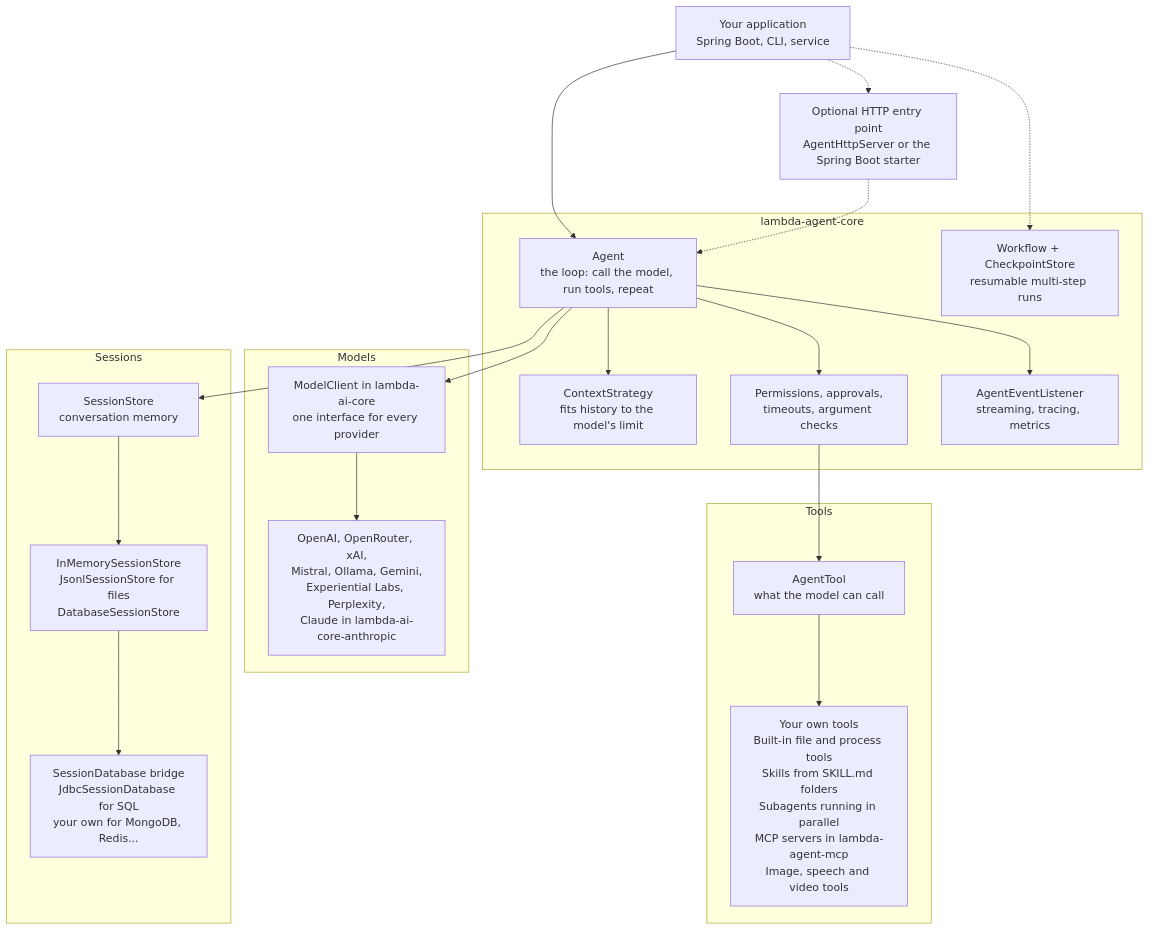
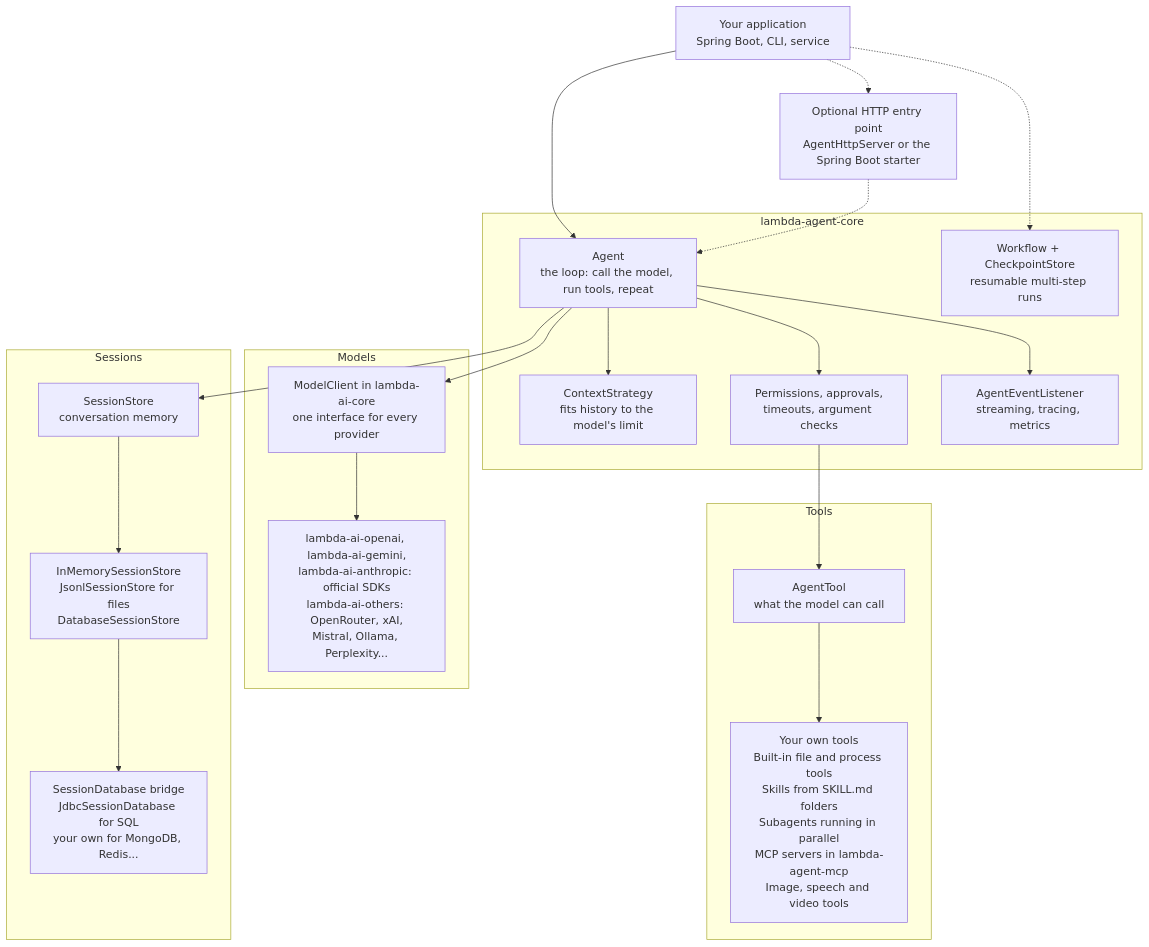
The first of 2 diagrams in Readme.md (Mr-XX23/Lambda-Agent-Core), drawn with Mermaid before and after one commit. The commit also changed other lines of this file and 134 other files, not shown here.

First line of the commit message:
refactor: lambda-ai folder with core, SDK and non-SDK provider modules

````diff
--- a/Readme.md
+++ b/Readme.md
@@ -29,39 +29,39 @@
 ```mermaid
 flowchart TB
     App["Your application<br/>Spring Boot, CLI, service"]
     Entry["Optional HTTP entry point<br/>AgentHttpServer or the Spring Boot starter"]
 
     subgraph Core["lambda-agent-core"]
         Agent["Agent<br/>the loop: call the model, run tools, repeat"]
         Context["ContextStrategy<br/>fits history to the model's limit"]
         Safety["Permissions, approvals,<br/>timeouts, argument checks"]
         Events["AgentEventListener<br/>streaming, tracing, metrics"]
         Workflow["Workflow + CheckpointStore<br/>resumable multi-step runs"]
     end
 
     subgraph Models["Models"]
         Model["ModelClient in lambda-ai-core<br/>one interface for every provider"]
-        Providers["OpenAI, OpenRouter, xAI,<br/>Mistral, Ollama, Gemini,<br/>Experiential Labs, Perplexity,<br/>Claude in lambda-ai-core-anthropic"]
+        Providers["lambda-ai-openai, lambda-ai-gemini,<br/>lambda-ai-anthropic: official SDKs<br/>lambda-ai-others: OpenRouter, xAI,<br/>Mistral, Ollama, Perplexity..."]
     end
 
     subgraph ToolSet["Tools"]
         Tools["AgentTool<br/>what the model can call"]
         ToolKinds["Your own tools<br/>Built-in file and process tools<br/>Skills from SKILL.md folders<br/>Subagents running in parallel<br/>MCP servers in lambda-agent-mcp<br/>Image, speech and video tools"]
     end
 
     subgraph Sessions["Sessions"]
         Store["SessionStore<br/>conversation memory"]
         StoreKinds["InMemorySessionStore<br/>JsonlSessionStore for files<br/>DatabaseSessionStore"]
         Bridge["SessionDatabase bridge<br/>JdbcSessionDatabase for SQL<br/>your own for MongoDB, Redis..."]
     end
 
     App --> Agent
     App -.-> Entry -.-> Agent
     App -.-> Workflow
     Agent --> Context
     Agent --> Events
     Agent --> Safety
     Agent --> Model --> Providers
     Safety --> Tools --> ToolKinds
     Agent --> Store --> StoreKinds --> Bridge
 ```
````
